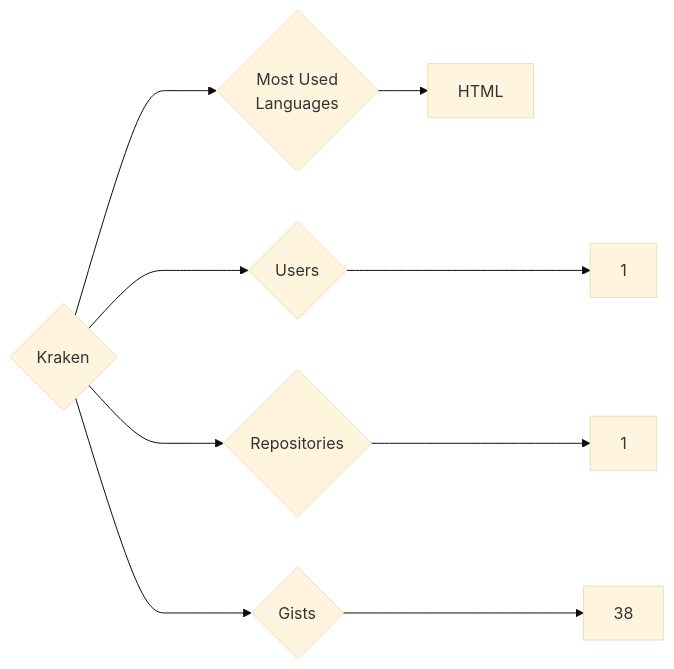
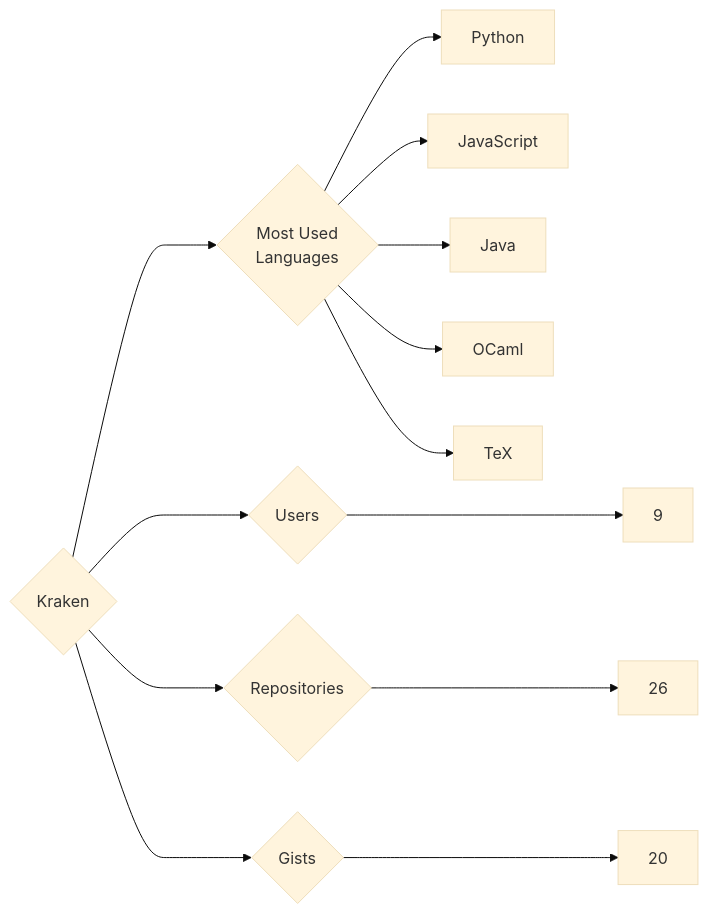
One commit to trickest/insiders changed the diagram in targets/Kraken/README.md. Above: the diagram before and after it, drawn with Mermaid (base theme). The commit also changed 1248 other files, not shown here.

````diff
--- a/targets/Kraken/README.md
+++ b/targets/Kraken/README.md
@@ -3,9 +3,13 @@
 ```mermaid
 graph LR
 COMPANY_NAME{Kraken}
-COMPANY_NAME ---> U{Users} ---> UN[1]
-COMPANY_NAME ---> R{Repositories} ---> RN[1]
-COMPANY_NAME ---> G{Gists} ---> GN[38]
+COMPANY_NAME ---> U{Users} ---> UN[9]
+COMPANY_NAME ---> R{Repositories} ---> RN[26]
+COMPANY_NAME ---> G{Gists} ---> GN[20]
 COMPANY_NAME ---> ML{Most Used<br>Languages}
-ML --> HTML[HTML]
+ML --> Python[Python]
+ML --> JavaScript[JavaScript]
+ML --> Java[Java]
+ML --> OCaml[OCaml]
+ML --> TeX[TeX]
 ```
````
